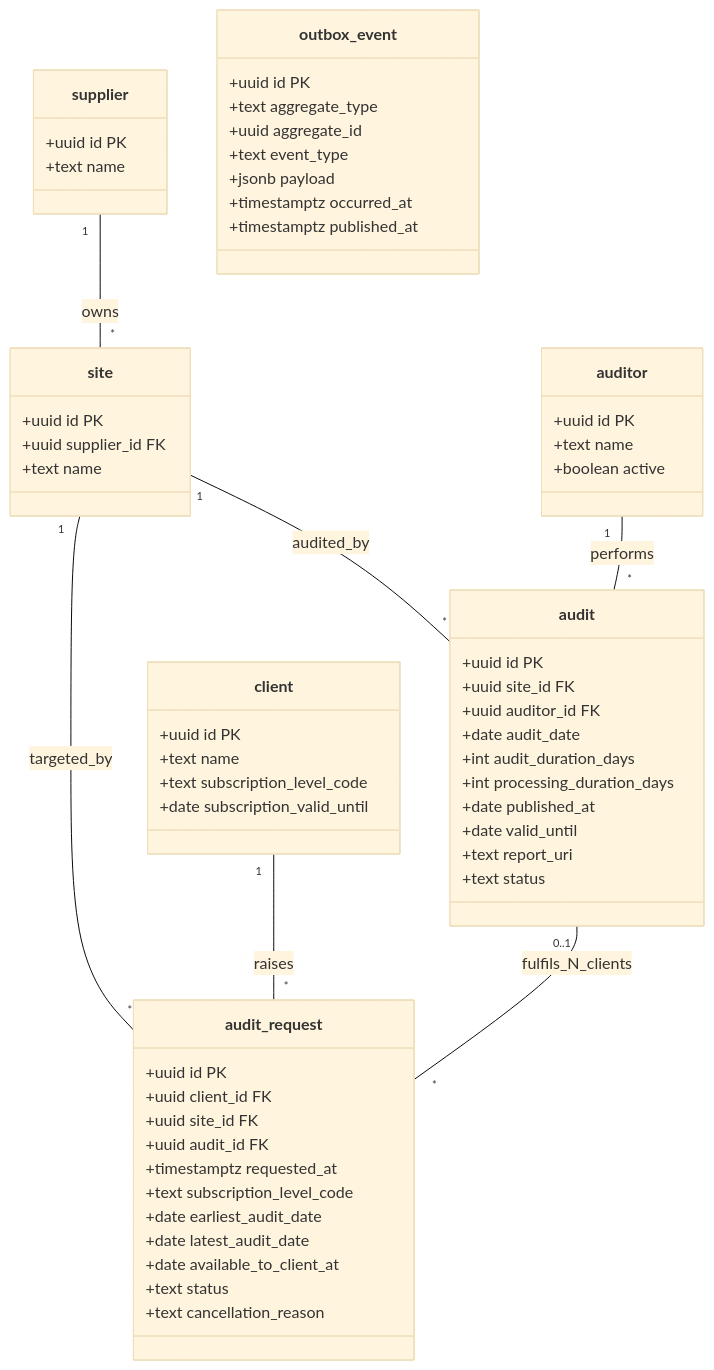
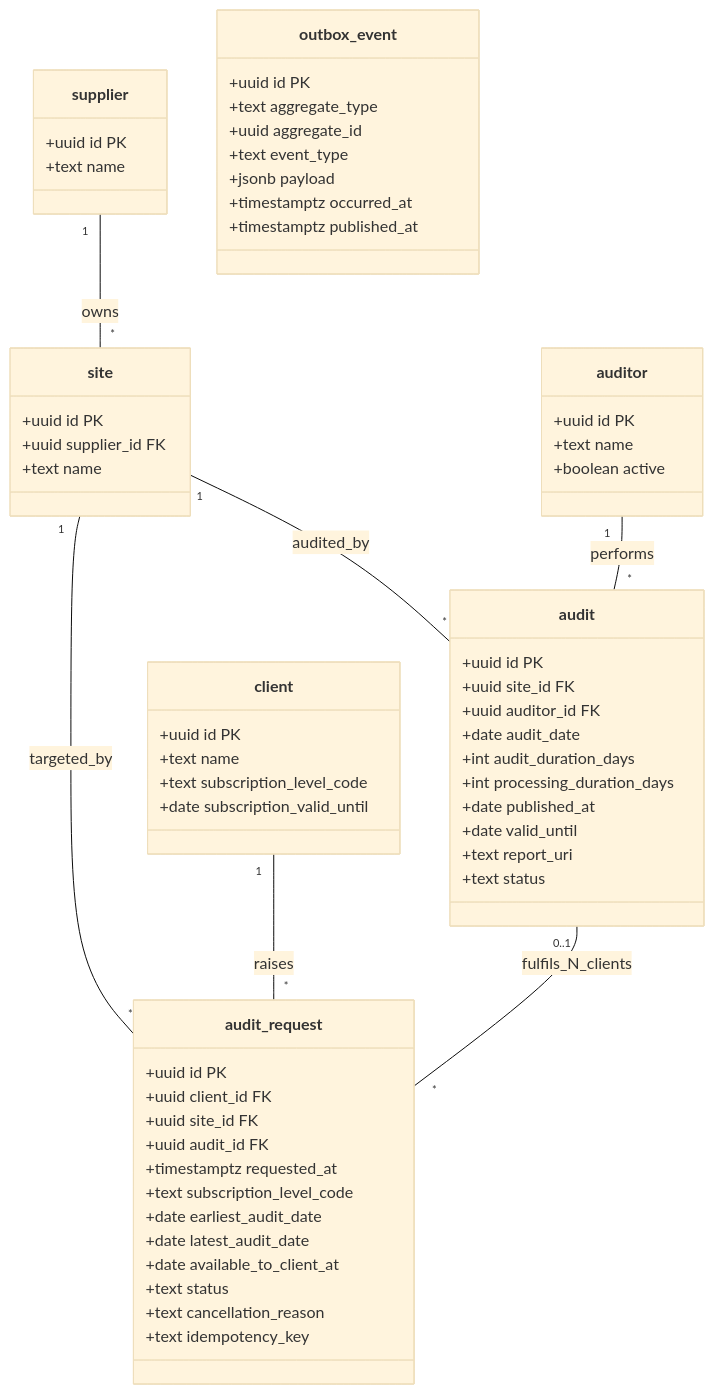
The diagram in docs/diagrams/data model.mermaid (alexMunozMad/Auditory_Manager), drawn with Mermaid (base theme) before and after one commit. The commit also changed 5 other files, not shown here.

```diff
--- a/docs/diagrams/data model.mermaid
+++ b/docs/diagrams/data model.mermaid
@@ -1,69 +1,70 @@
 classDiagram
 
     class supplier {
         +uuid id PK
         +text name
     }
 
     class site {
         +uuid id PK
         +uuid supplier_id FK
         +text name
     }
 
     class client {
         +uuid id PK
         +text name
         +text subscription_level_code
         +date subscription_valid_until
     }
 
     class auditor {
         +uuid id PK
         +text name
         +boolean active
     }
 
     class audit_request {
         +uuid id PK
         +uuid client_id FK
         +uuid site_id FK
         +uuid audit_id FK
         +timestamptz requested_at
         +text subscription_level_code
         +date earliest_audit_date
         +date latest_audit_date
         +date available_to_client_at
         +text status
         +text cancellation_reason
+        +text idempotency_key
     }
 
     class audit {
         +uuid id PK
         +uuid site_id FK
         +uuid auditor_id FK
         +date audit_date
         +int audit_duration_days
         +int processing_duration_days
         +date published_at
         +date valid_until
         +text report_uri
         +text status
     }
 
     class outbox_event {
         +uuid id PK
         +text aggregate_type
         +uuid aggregate_id
         +text event_type
         +jsonb payload
         +timestamptz occurred_at
         +timestamptz published_at
     }
 
     supplier "1" -- "*" site : owns
     site "1" -- "*" audit_request : targeted_by
     site "1" -- "*" audit : audited_by
     client "1" -- "*" audit_request : raises
     auditor "1" -- "*" audit : performs
     audit "0..1" -- "*" audit_request : fulfils_N_clients
```
